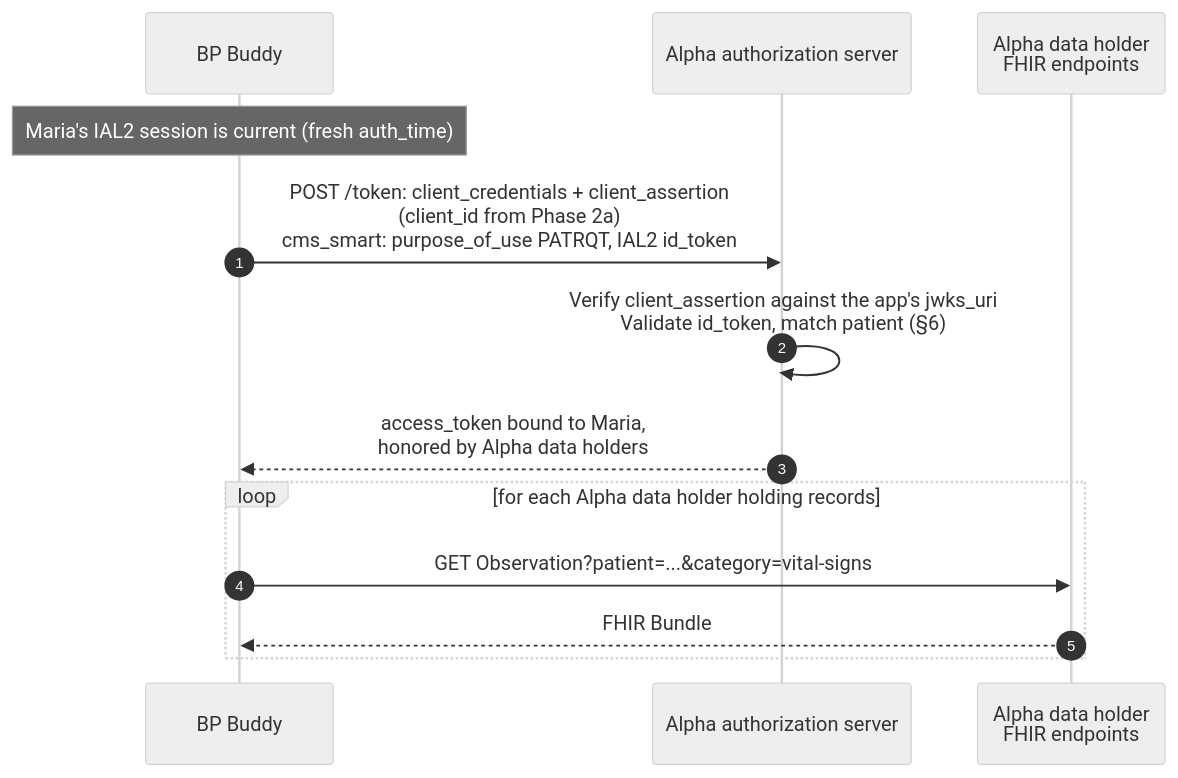
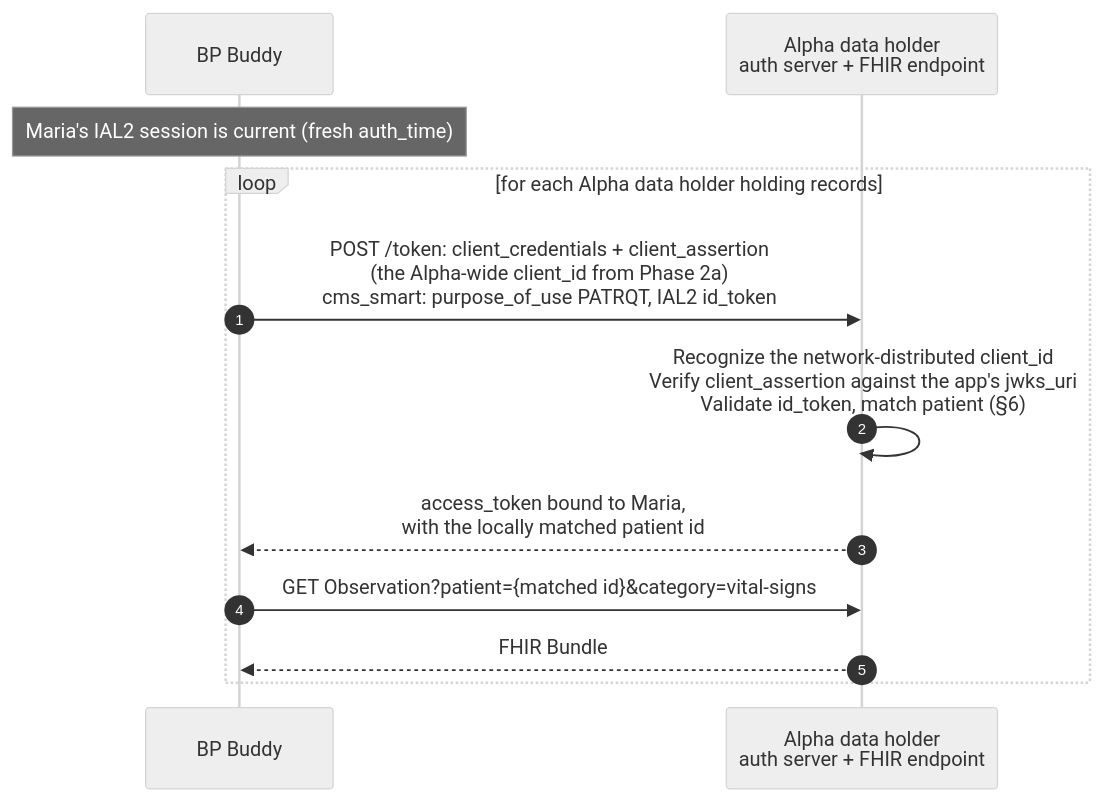
One commit to jmandel/cms-ns changed the seventh of 9 diagrams in app-connectivity-flows.md. Above: the diagram before and after it, drawn with Mermaid (neutral theme). The commit also changed other lines of this file and 14 other files, not shown here.

````diff
--- a/app-connectivity-flows.md
+++ b/app-connectivity-flows.md
@@ -223,16 +229,15 @@
 ```mermaid
 sequenceDiagram
     autonumber
     participant App as BP Buddy
-    participant AAS as Alpha authorization server
-    participant DH as Alpha data holder<br/>FHIR endpoints
+    participant DH as Alpha data holder<br/>auth server + FHIR endpoint
 
     Note over App: Maria's IAL2 session is current (fresh auth_time)
-    App->>AAS: POST /token: client_credentials + client_assertion<br/>(client_id from Phase 2a)<br/>cms_smart: purpose_of_use PATRQT, IAL2 id_token
-    AAS->>AAS: Verify client_assertion against the app's jwks_uri<br/>Validate id_token, match patient (§6)
-    AAS-->>App: access_token bound to Maria,<br/>honored by Alpha data holders
     loop for each Alpha data holder holding records
-        App->>DH: GET Observation?patient=...&category=vital-signs
+        App->>DH: POST /token: client_credentials + client_assertion<br/>(the Alpha-wide client_id from Phase 2a)<br/>cms_smart: purpose_of_use PATRQT, IAL2 id_token
+        DH->>DH: Recognize the network-distributed client_id<br/>Verify client_assertion against the app's jwks_uri<br/>Validate id_token, match patient (§6)
+        DH-->>App: access_token bound to Maria,<br/>with the locally matched patient id
+        App->>DH: GET Observation?patient={matched id}&category=vital-signs
         DH-->>App: FHIR Bundle
     end
 ```
````
